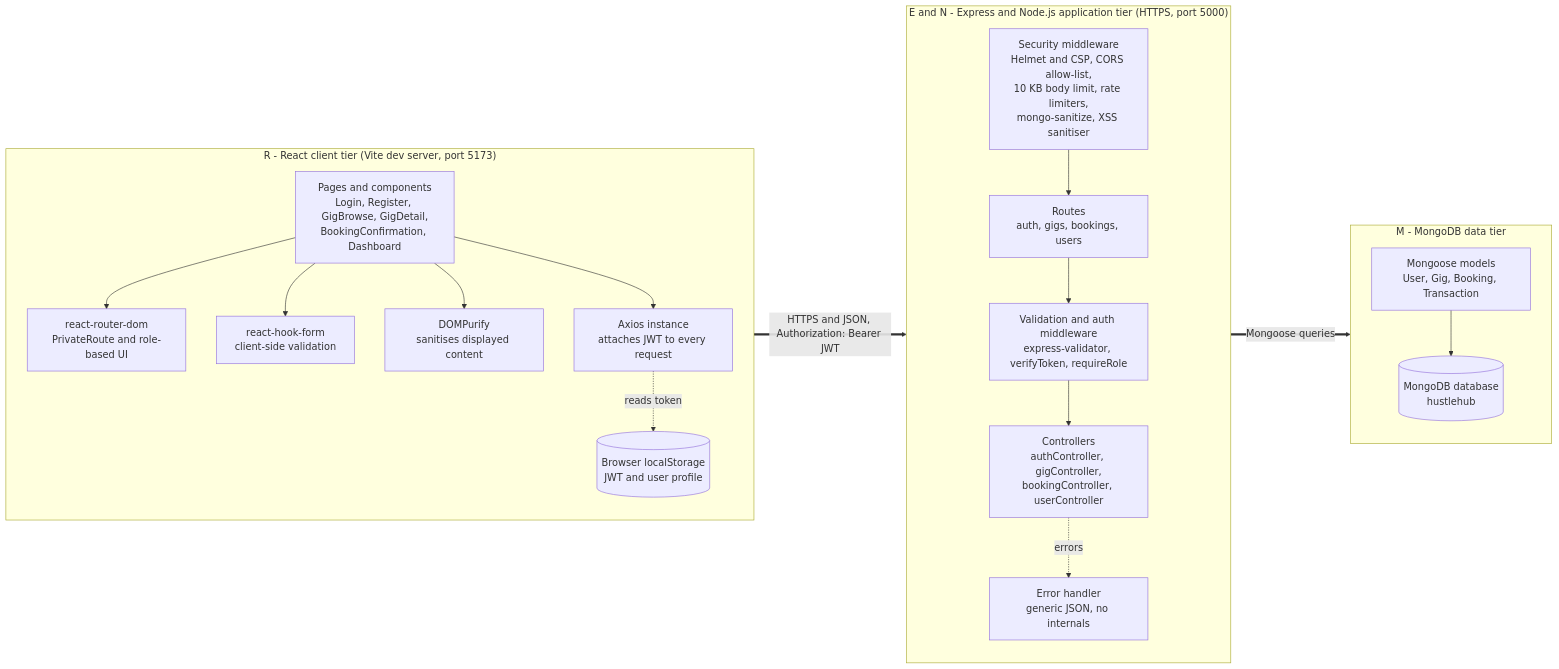
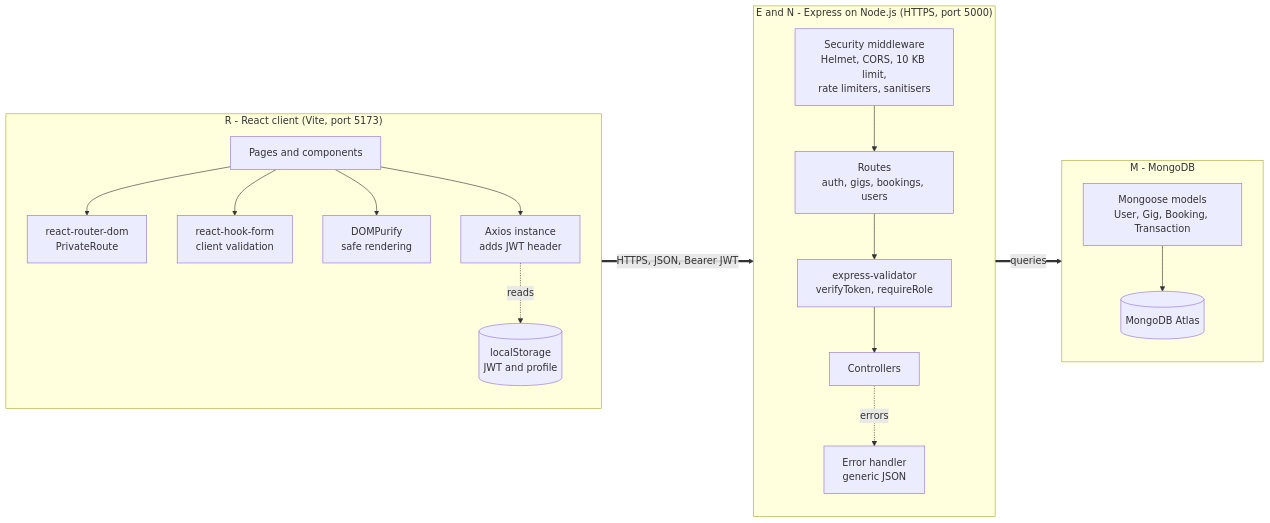
Before and after one commit to ChippsEthan/INSY7314Group: the first of 4 diagrams in README.md, drawn with Mermaid. The commit also changed other lines of this file, not shown here.

````diff
--- a/README.md
+++ b/README.md
@@ -84,38 +64,38 @@
 ```mermaid
 flowchart LR
-  subgraph R["R - React client tier (Vite dev server, port 5173)"]
+  subgraph R["R - React client (Vite, port 5173)"]
     direction TB
-    UI["Pages and components<br/>Login, Register, GigBrowse, GigDetail,<br/>BookingConfirmation, Dashboard"]
-    RT["react-router-dom<br/>PrivateRoute and role-based UI"]
-    FV["react-hook-form<br/>client-side validation"]
-    SAN["DOMPurify<br/>sanitises displayed content"]
-    AX["Axios instance<br/>attaches JWT to every request"]
-    LS[("Browser localStorage<br/>JWT and user profile")]
+    UI["Pages and components"]
+    RT["react-router-dom<br/>PrivateRoute"]
+    FV["react-hook-form<br/>client validation"]
+    SAN["DOMPurify<br/>safe rendering"]
+    AX["Axios instance<br/>adds JWT header"]
+    LS[("localStorage<br/>JWT and profile")]
     UI --> RT
     UI --> FV
     UI --> SAN
     UI --> AX
-    AX -.reads token.-> LS
+    AX -.reads.-> LS
   end
 
-  subgraph EN["E and N - Express and Node.js application tier (HTTPS, port 5000)"]
+  subgraph EN["E and N - Express on Node.js (HTTPS, port 5000)"]
     direction TB
-    SEC["Security middleware<br/>Helmet and CSP, CORS allow-list,<br/>10 KB body limit, rate limiters,<br/>mongo-sanitize, XSS sanitiser"]
+    SEC["Security middleware<br/>Helmet, CORS, 10 KB limit,<br/>rate limiters, sanitisers"]
     RTS["Routes<br/>auth, gigs, bookings, users"]
-    VAL["Validation and auth middleware<br/>express-validator, verifyToken, requireRole"]
-    CTL["Controllers<br/>authController, gigController,<br/>bookingController, userController"]
-    ERR["Error handler<br/>generic JSON, no internals"]
+    VAL["express-validator<br/>verifyToken, requireRole"]
+    CTL["Controllers"]
+    ERR["Error handler<br/>generic JSON"]
     SEC --> RTS --> VAL --> CTL
     CTL -.errors.-> ERR
   end
 
-  subgraph M["M - MongoDB data tier"]
+  subgraph M["M - MongoDB"]
     direction TB
     MOD["Mongoose models<br/>User, Gig, Booking, Transaction"]
-    DB[("MongoDB database<br/>hustlehub")]
+    DB[("MongoDB Atlas")]
     MOD --> DB
   end
 
-  AX == "HTTPS and JSON, Authorization: Bearer JWT" ==> SEC
-  CTL == "Mongoose queries" ==> MOD
+  AX == "HTTPS, JSON, Bearer JWT" ==> SEC
+  CTL == "queries" ==> MOD
 ```
````
